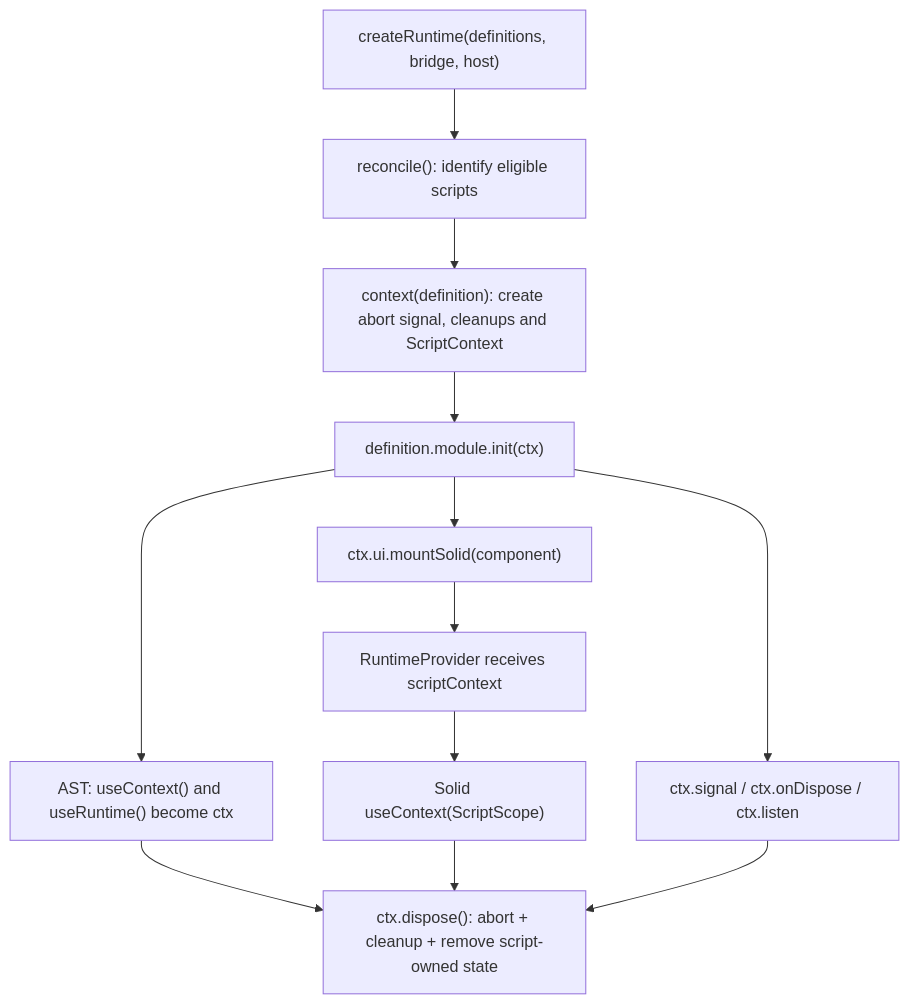
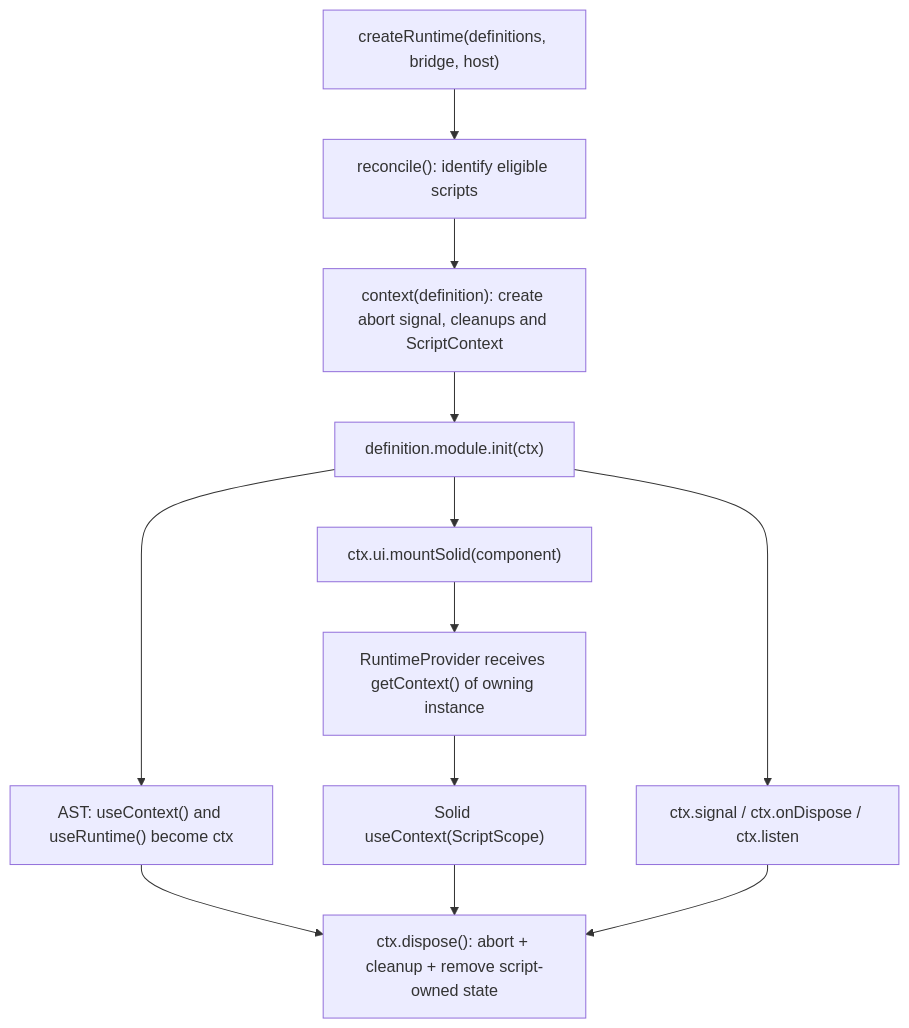
The diagram in docs/context-and-optimization.md (rodkisten/userscripts-cf), drawn with Mermaid before and after one commit. The commit also changed other lines of this file, not shown here.

Commit message:
docs(runtime): document instance-bound Solid provider and failed validation

````diff
--- a/docs/context-and-optimization.md
+++ b/docs/context-and-optimization.md
@@ -9,14 +9,14 @@
 ```mermaid
 flowchart TD
     A["createRuntime(definitions, bridge, host)"] --> B["reconcile(): identify eligible scripts"]
     B --> C["context(definition): create abort signal, cleanups and ScriptContext"]
     C --> D["definition.module.init(ctx)"]
     D --> E["AST: useContext() and useRuntime() become ctx"]
     D --> F["ctx.ui.mountSolid(component)"]
-    F --> G["RuntimeProvider receives scriptContext"]
+    F --> G["RuntimeProvider receives getContext() of owning instance"]
     G --> H["Solid useContext(ScriptScope)"]
     D --> I["ctx.signal / ctx.onDispose / ctx.listen"]
     E --> J["ctx.dispose(): abort + cleanup + remove script-owned state"]
     H --> J
     I --> J
 ```
````
